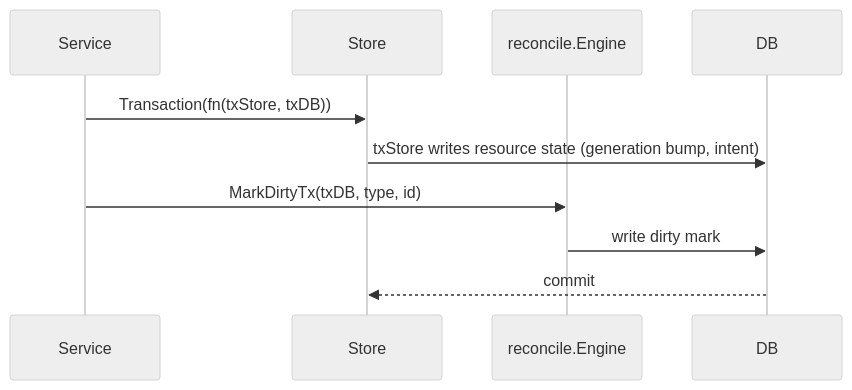
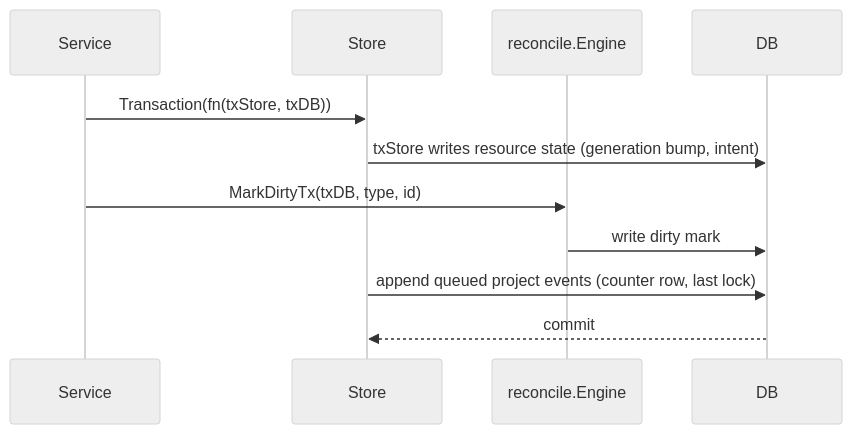
One commit to discobox-ai/discobox changed the second of 2 diagrams in server/internal/store/DESIGN.md. Above: the diagram before and after it, drawn with Mermaid (neutral theme). The commit also changed other lines of this file and 44 other files, not shown here.

````diff
--- a/server/internal/store/DESIGN.md
+++ b/server/internal/store/DESIGN.md
@@ -44,13 +44,14 @@
 ```mermaid
 sequenceDiagram
     participant Service
     participant Store
     participant Engine as reconcile.Engine
     participant DB
 
     Service->>Store: Transaction(fn(txStore, txDB))
     Store->>DB: txStore writes resource state (generation bump, intent)
     Service->>Engine: MarkDirtyTx(txDB, type, id)
     Engine->>DB: write dirty mark
+    Store->>DB: append queued project events (counter row, last lock)
     DB-->>Store: commit
 ```
````
